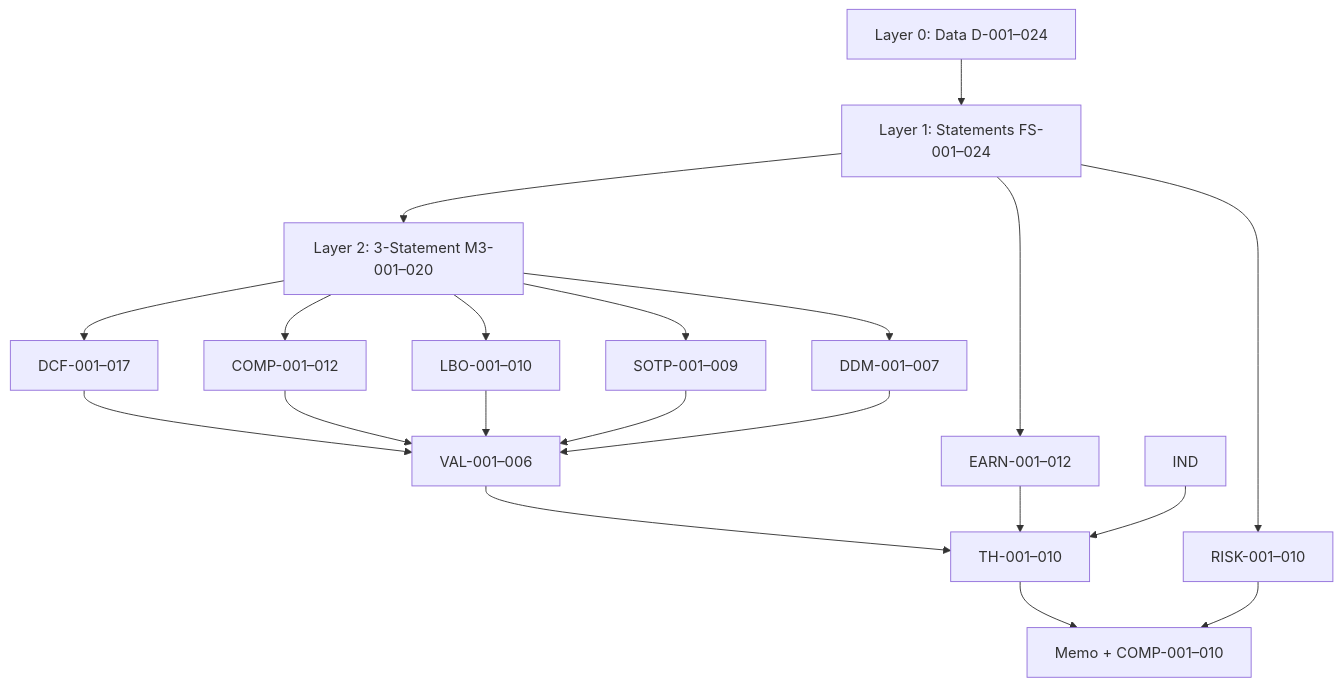
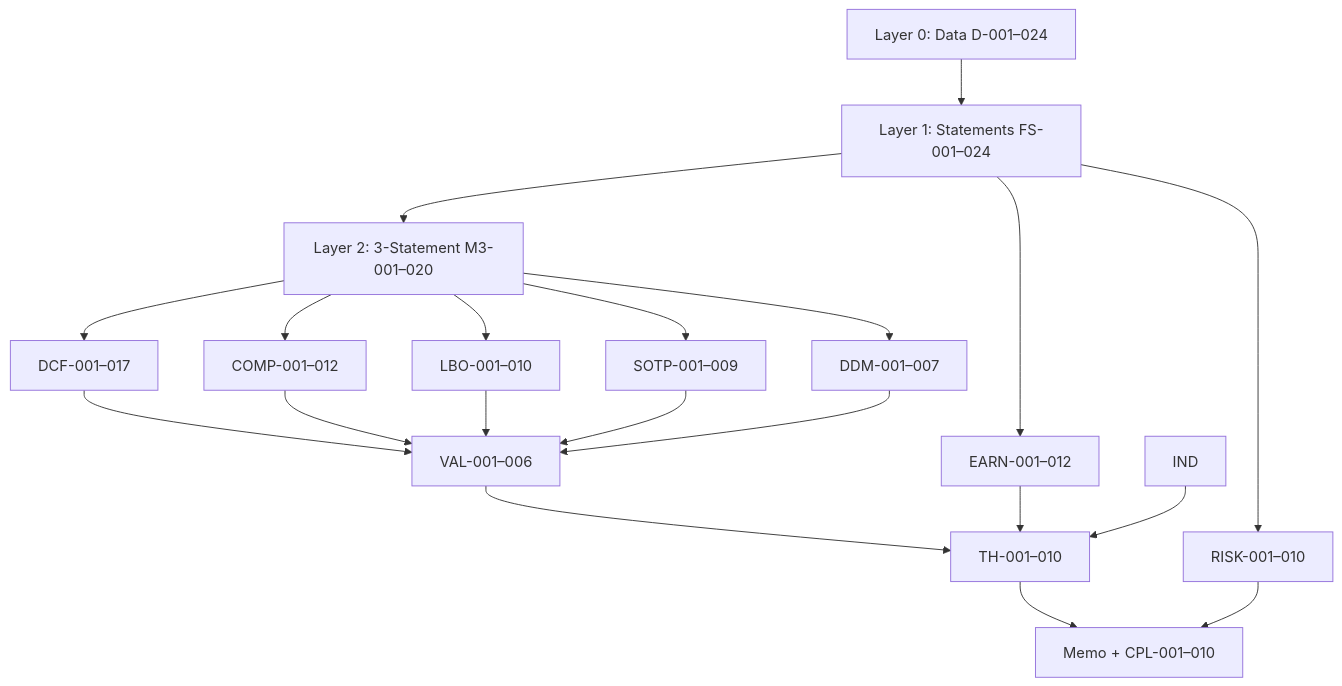
One commit to goyalggaurav/Zstate changed the fourth of 4 diagrams in docs/EQUITY_RESEARCH_BENCHMARK_TASK_CATALOG.md. Above: the diagram before and after it, drawn with Mermaid. The commit also changed other lines of this file and 3 other files, not shown here.

````diff
--- a/docs/EQUITY_RESEARCH_BENCHMARK_TASK_CATALOG.md
+++ b/docs/EQUITY_RESEARCH_BENCHMARK_TASK_CATALOG.md
@@ -671,16 +674,16 @@
 ```mermaid
 flowchart TB
     D[Layer 0: Data D-001–024] --> FS[Layer 1: Statements FS-001–024]
     FS --> M3[Layer 2: 3-Statement M3-001–020]
     M3 --> DCF[DCF-001–017]
     M3 --> COMP[COMP-001–012]
     M3 --> LBO[LBO-001–010]
     M3 --> SOTP[SOTP-001–009]
     M3 --> DDM[DDM-001–007]
     DCF & COMP & LBO & SOTP & DDM --> VAL[VAL-001–006]
     FS --> EARN[EARN-001–012]
     VAL & EARN & IND --> TH[TH-001–010]
-    TH --> OUT[Memo + COMP-001–010]
+    TH --> OUT[Memo + CPL-001–010]
     FS --> RISK[RISK-001–010]
     RISK --> OUT
 ```
````
